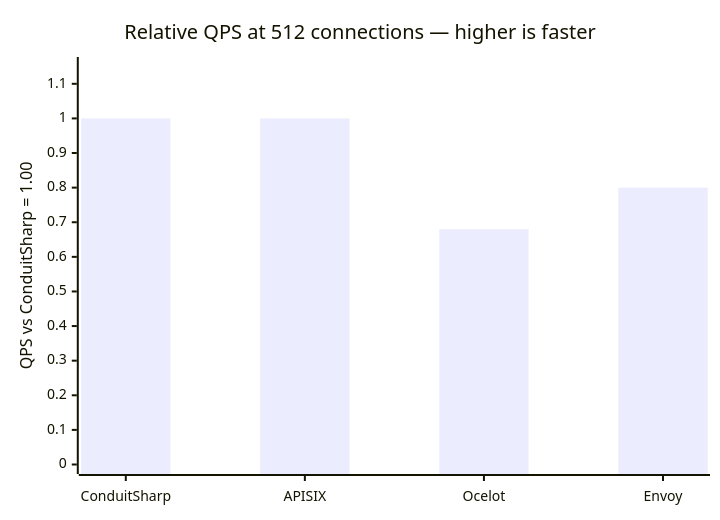
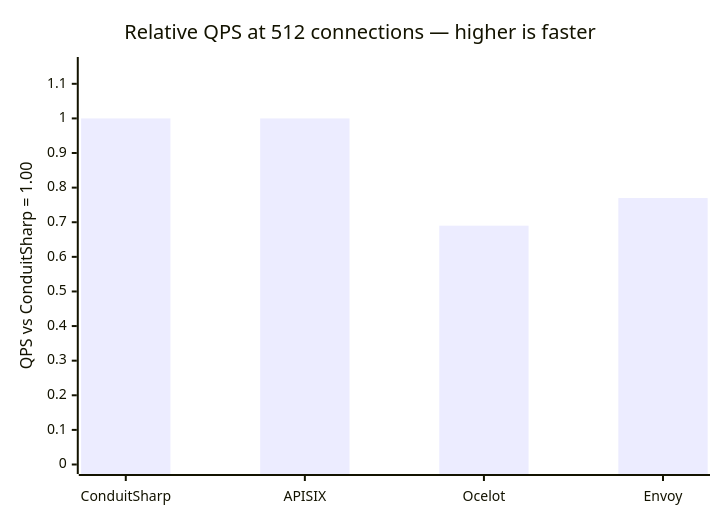
One commit to liqngliz/ConduitSharp changed the second of 9 diagrams in README.md. Above: the diagram before and after it, drawn with Mermaid. The commit also changed other lines of this file and 65 other files, not shown here.

````diff
--- a/README.md
+++ b/README.md
@@ -375,7 +320,7 @@
 ```mermaid
 xychart-beta
     title "Relative QPS at 512 connections — higher is faster"
     x-axis ["ConduitSharp", "APISIX", "Ocelot", "Envoy"]
     y-axis "QPS vs ConduitSharp = 1.00" 0 --> 1.15
-    bar [1.00, 1.00, 0.68, 0.80]
+    bar [1.00, 1.00, 0.69, 0.77]
 ```
````
